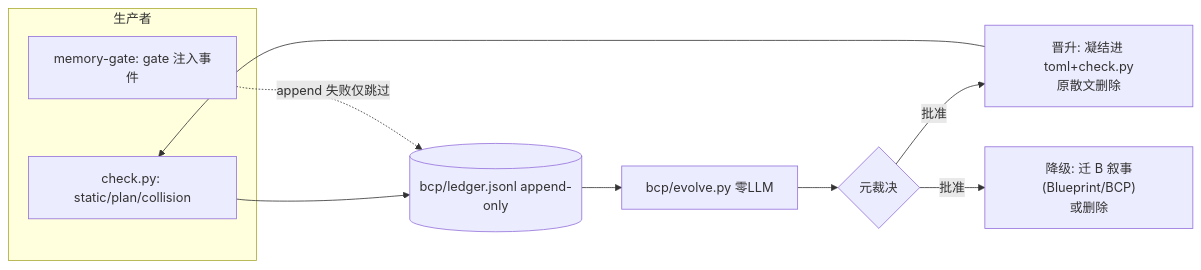
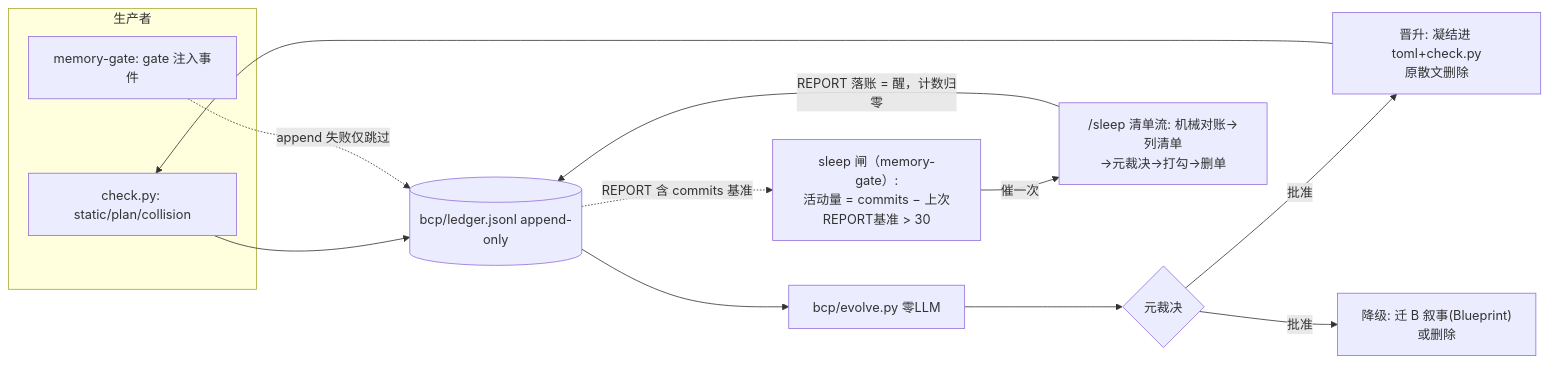
One commit to wenge6090-tech/bcp-kit changed the first of 4 diagrams in README.md. Above: the diagram before and after it, drawn with Mermaid. The commit also changed other lines of this file and 1 other file, not shown here.

First line of the commit message:
docs: README 补全 sleep 机制 — 四图更新 + 闸门表 + 证据流同步（用户审查发现）

````diff
--- a/README.md
+++ b/README.md
@@ -163,19 +163,24 @@
 ```mermaid
 flowchart LR
     subgraph 生产者
         CK["check.py: static/plan/collision"]
         MG["memory-gate: gate 注入事件"]
     end
     LEDGER[("bcp/ledger.jsonl append-only")]
     EV["bcp/evolve.py 零LLM"]
     H{"元裁决"}
     P["晋升: 凝结进 toml+check.py\n原散文删除"]
-    D["降级: 迁 B 叙事(Blueprint/BCP)\n或删除"]
+    D["降级: 迁 B 叙事(Blueprint)\n或删除"]
+    SG["sleep 闸（memory-gate）:\n活动量 = commits − 上次REPORT基准 > 30"]
+    SL["/sleep 清单流: 机械对账→列清单\n→元裁决→打勾→删单"]
     CK --> LEDGER
     MG -.->|"append 失败仅跳过"| LEDGER
     LEDGER --> EV
     EV --> H
     H -->|批准| P
     H -->|批准| D
     P --> CK
+    LEDGER -.->|"REPORT 含 commits 基准"| SG
+    SG -->|"催一次"| SL
+    SL -->|"REPORT 落账 = 醒，计数归零"| LEDGER
 ```
````
